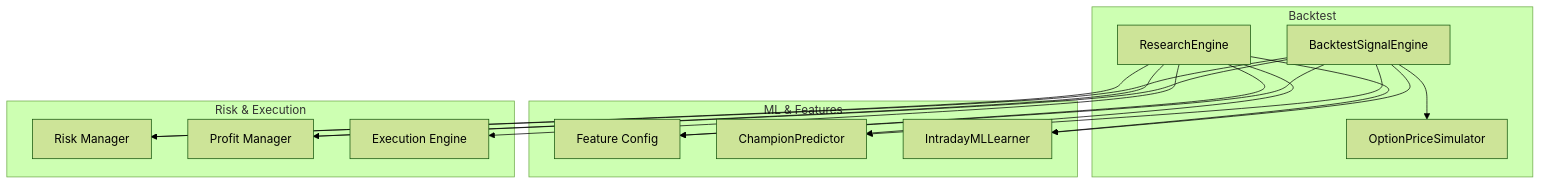
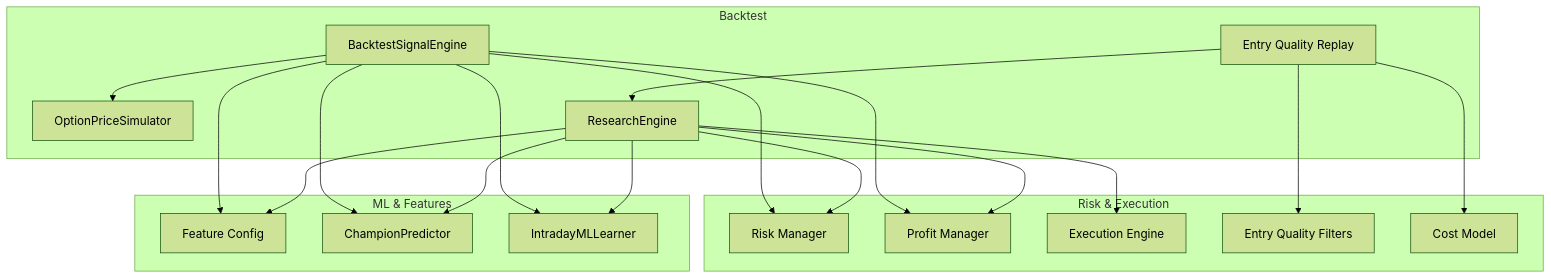
The first of 9 diagrams in .qoder/repowiki/en/content/Backtesting and Research/Backtesting Engine.md (tauqeersiddiqui-art/tradingsystem), drawn with Mermaid (forest theme) before and after one commit. The commit also changed other lines of this file and 71 other files, not shown here.

Commit message:
Add rejection-first entry quality filters, entry-quality ML target with fail-hard pipeline, post-trade loss classification, and reproducible Phase-8 backtest

````diff
--- a/.qoder/repowiki/en/content/Backtesting and Research/Backtesting Engine.md
+++ b/.qoder/repowiki/en/content/Backtesting and Research/Backtesting Engine.md
@@ -40,30 +55,36 @@
 ```mermaid
 graph TB
 subgraph "Backtest"
 BSE["BacktestSignalEngine"]
 OPS["OptionPriceSimulator"]
 RE["ResearchEngine"]
+EQR["Entry Quality Replay"]
 end
 subgraph "ML & Features"
 FC["Feature Config"]
 PC["ChampionPredictor"]
 IL["IntradayMLLearner"]
 end
 subgraph "Risk & Execution"
 RM["Risk Manager"]
 PM["Profit Manager"]
 EE["Execution Engine"]
+EQF["Entry Quality Filters"]
+CM["Cost Model"]
 end
 BSE --> FC
 BSE --> PC
 BSE --> IL
 BSE --> RM
 BSE --> PM
 BSE --> OPS
 RE --> FC
 RE --> PC
 RE --> IL
 RE --> RM
 RE --> PM
 RE --> EE
+EQR --> EQF
+EQR --> CM
+EQR --> RE
 ```
````
